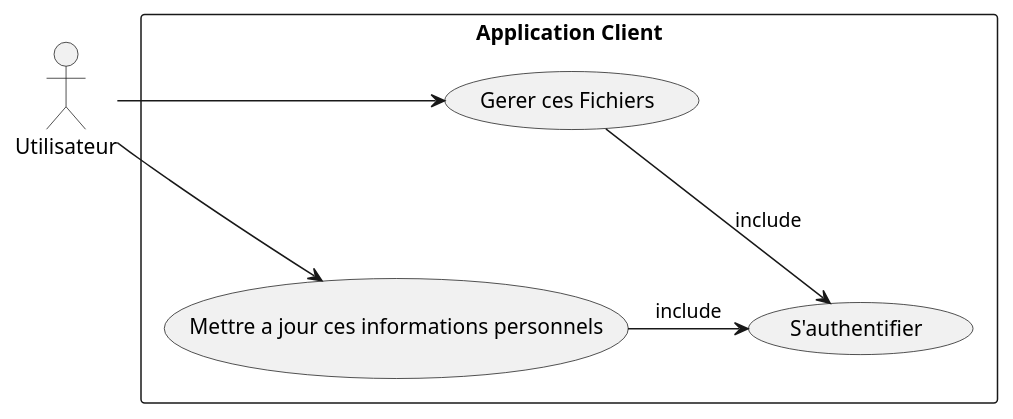
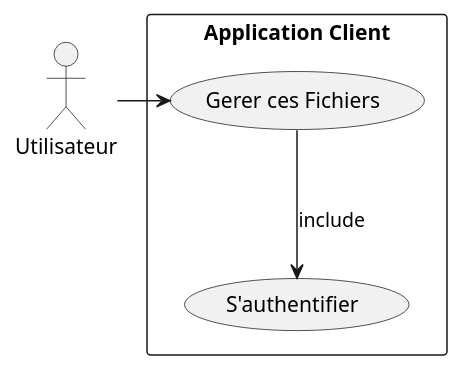
The diagram in Documentations/Diagram/use_case.plantuml (LinkIsACake/PTUT-CoffreFortElectronique), drawn with PlantUML before and after one commit.

```diff
--- a/Documentations/Diagram/use_case.plantuml
+++ b/Documentations/Diagram/use_case.plantuml
@@ -1,18 +1,18 @@
 @startuml
 
 actor Utilisateur
 
 
 rectangle "Application Client" {
   usecase "Gerer ces Fichiers" as manageFiles
   usecase "S'authentifier" as login
-  usecase "Mettre a jour ces informations personnels" as updateAccount
+  'usecase "Mettre a jour ces informations personnels" as updateAccount
 
   Utilisateur -right-> (manageFiles)
-  Utilisateur -right-> (updateAccount)
+  'Utilisateur -right-> (updateAccount)
   manageFiles -down-> (login) : include
-  updateAccount -right-> (login) : include
+  'updateAccount -right-> (login) : include
 
 }
 
 @enduml
```
